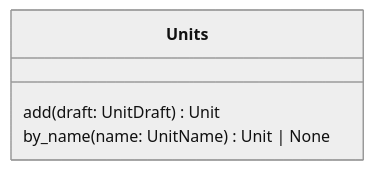
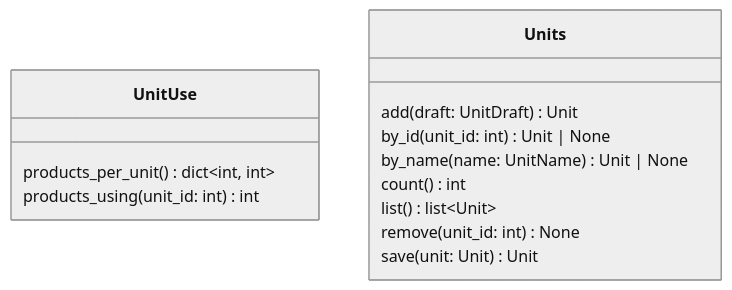
The third of 4 diagrams in docs/architecture/generated/classes/units.md (GonzaloZevallos/apostrophe), drawn with Mermaid (neutral theme) before and after one commit. The commit also changed other lines of this file and 4 other files, not shown here.

Commit message:
Regenerate the API and architecture docs for the units routes

````diff
--- a/docs/architecture/generated/classes/units.md
+++ b/docs/architecture/generated/classes/units.md
@@ -86,7 +116,16 @@
 ```mermaid
 classDiagram
+  class UnitUse {
+    products_per_unit() dict~int, int~
+    products_using(unit_id: int) int
+  }
   class Units {
     add(draft: UnitDraft) Unit
+    by_id(unit_id: int) Unit #124; None
     by_name(name: UnitName) Unit #124; None
+    count() int
+    list() list~Unit~
+    remove(unit_id: int) None
+    save(unit: Unit) Unit
   }
 ```
````
